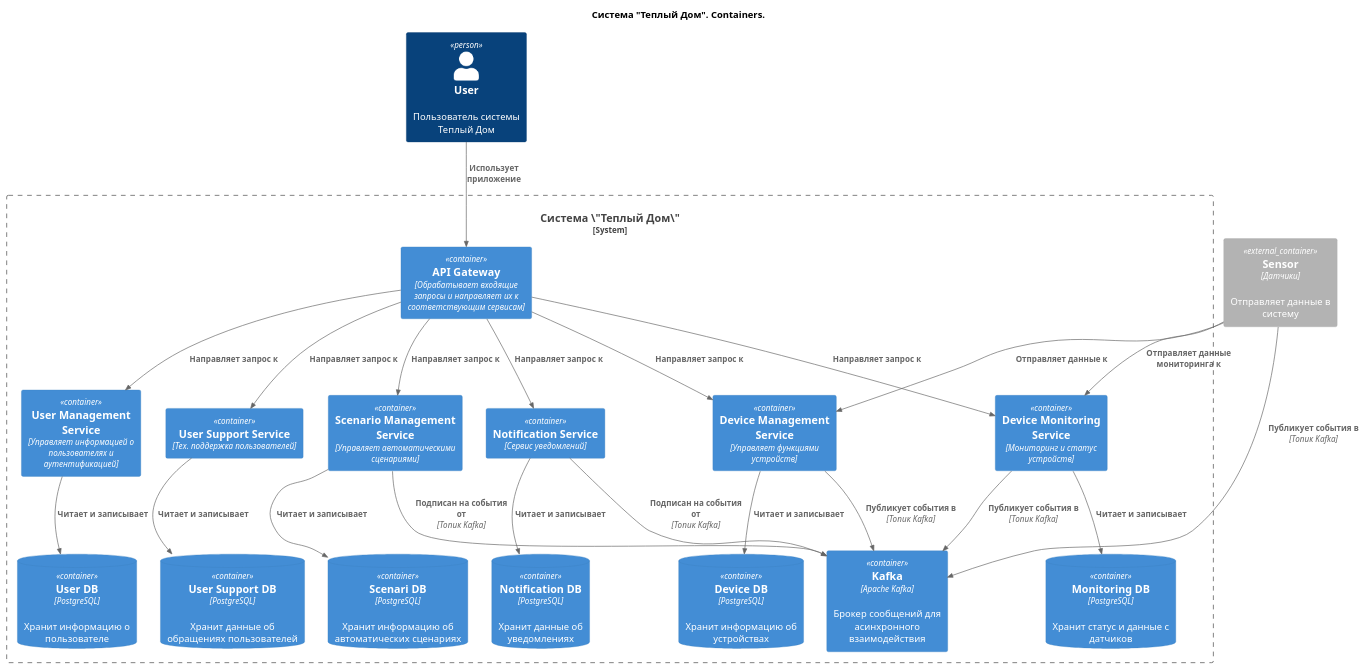
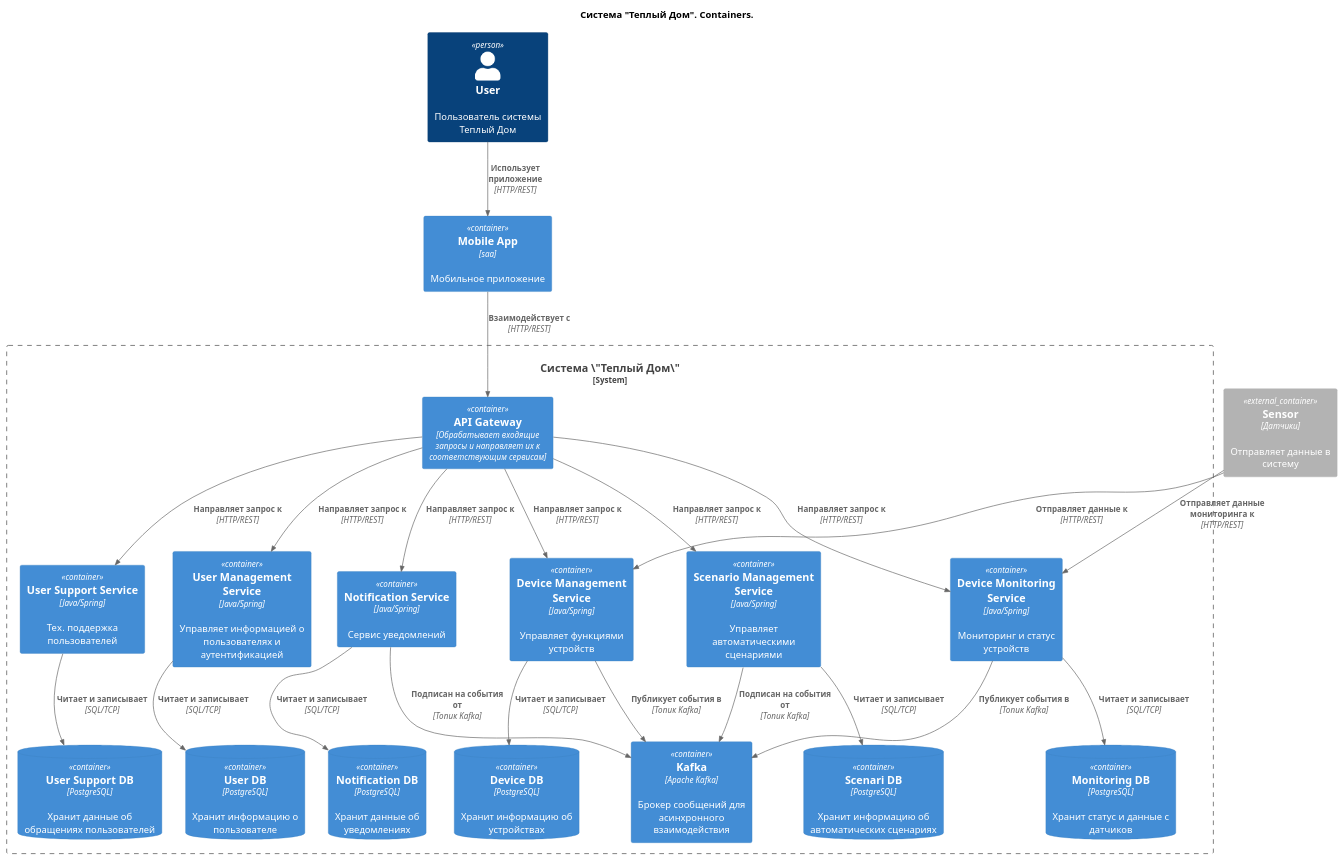
One commit to Ivan-Kozhushko/architecture-sprint-3 changed the diagram in c4-diagrams/to-be/task2.3.1-container.puml. Above: the diagram before and after it, drawn with PlantUML. The commit also changed 3 other files, not shown here.

```diff
--- a/c4-diagrams/to-be/task2.3.1-container.puml
+++ b/c4-diagrams/to-be/task2.3.1-container.puml
@@ -1,52 +1,54 @@
 @startuml
 !include https://raw.githubusercontent.com/plantuml-stdlib/C4-PlantUML/master/C4_Container.puml
 
 title Система "Теплый Дом". Containers.
 
 Person(user, "User", "Пользователь системы Теплый Дом")
 
+Container(mobileApp, "Mobile App", "saa", "Мобильное приложение")
+
 System_Boundary(SmartHomeSystem, 'Система \"Теплый Дом\"') {
     Container(apiGateway, "API Gateway", "Обрабатывает входящие запросы и направляет их к соответствующим сервисам")
-    Container(deviceManagementService, "Device Management Service", "Управляет функциями устройств")
-    Container(scenarioManagmentService, "Scenario Management Service", "Управляет автоматическими сценариями")
-    Container(userManagmentService, "User Management Service","Управляет информацией о пользователях и аутентификацией")
-    Container(deviceMonitoringService, "Device Monitoring Service", "Мониторинг и статус устройств")
-    Container(notificationService, "Notification Service", "Сервис уведомлений")
-    Container(userSupportService, "User Support Service", "Тех. поддержка пользователей")
+    Container(deviceManagementService, "Device Management Service", "Java/Spring", "Управляет функциями устройств")
+    Container(scenarioManagmentService, "Scenario Management Service", "Java/Spring", "Управляет автоматическими сценариями")
+    Container(userManagmentService, "User Management Service", "Java/Spring","Управляет информацией о пользователях и аутентификацией")
+    Container(deviceMonitoringService, "Device Monitoring Service", "Java/Spring", "Мониторинг и статус устройств")
+    Container(notificationService, "Notification Service", "Java/Spring", "Сервис уведомлений")
+    Container(userSupportService, "User Support Service", "Java/Spring", "Тех. поддержка пользователей")
 
     ContainerDb(deviceDb, "Device DB", "PostgreSQL", "Хранит информацию об устройствах")
     ContainerDb(scenarioDb, "Scenari DB", "PostgreSQL", "Хранит информацию об автоматических сценариях")
     ContainerDb(userDb, "User DB", "PostgreSQL", "Хранит информацию о пользователе")
     ContainerDb(monitoringDb, "Monitoring DB", "PostgreSQL", "Хранит статус и данные с датчиков")
     ContainerDb(notificationDb, "Notification DB", "PostgreSQL", "Хранит данные об уведомлениях")
     ContainerDb(userSupportDb, "User Support DB", "PostgreSQL", "Хранит данные об обращениях пользователей")
 
     Container(kafka, "Kafka", "Apache Kafka", "Брокер сообщений для асинхронного взаимодействия")
 }
 
-Rel(user, apiGateway, "Использует приложение")
-Rel(apiGateway, deviceManagementService, "Направляет запрос к")
-Rel(apiGateway, scenarioManagmentService, "Направляет запрос к")
-Rel(apiGateway, userManagmentService, "Направляет запрос к")
-Rel(apiGateway, deviceMonitoringService, "Направляет запрос к")
-Rel(apiGateway, notificationService, "Направляет запрос к")
-Rel(apiGateway, userSupportService, "Направляет запрос к")
+Rel(user, mobileApp, "Использует приложение", "HTTP/REST")
+Rel(mobileApp, apiGateway, "Взаимодействует с", "HTTP/REST")
+Rel(apiGateway, deviceManagementService, "Направляет запрос к", "HTTP/REST")
+Rel(apiGateway, scenarioManagmentService, "Направляет запрос к", "HTTP/REST")
+Rel(apiGateway, userManagmentService, "Направляет запрос к", "HTTP/REST")
+Rel(apiGateway, deviceMonitoringService, "Направляет запрос к", "HTTP/REST")
+Rel(apiGateway, notificationService, "Направляет запрос к", "HTTP/REST")
+Rel(apiGateway, userSupportService, "Направляет запрос к", "HTTP/REST")
 
-Rel(deviceManagementService, deviceDb, "Читает и записывает")
-Rel(scenarioManagmentService, scenarioDb, "Читает и записывает")
-Rel(userManagmentService, userDb, "Читает и записывает")
-Rel(deviceMonitoringService, monitoringDb, "Читает и записывает")
-Rel(notificationService, notificationDb, "Читает и записывает")
-Rel(userSupportService, userSupportDb, "Читает и записывает")
+Rel(deviceManagementService, deviceDb, "Читает и записывает", "SQL/TCP")
+Rel(scenarioManagmentService, scenarioDb, "Читает и записывает", "SQL/TCP")
+Rel(userManagmentService, userDb, "Читает и записывает", "SQL/TCP")
+Rel(deviceMonitoringService, monitoringDb, "Читает и записывает", "SQL/TCP")
+Rel(notificationService, notificationDb, "Читает и записывает", "SQL/TCP")
+Rel(userSupportService, userSupportDb, "Читает и записывает", "SQL/TCP")
 
 Rel(deviceManagementService, kafka, "Публикует события в", "Топик Kafka")
 Rel(deviceMonitoringService, kafka, "Публикует события в", "Топик Kafka")
 Rel(notificationService, kafka, "Подписан на события от", "Топик Kafka")
 Rel(scenarioManagmentService, kafka, "Подписан на события от", "Топик Kafka")
 
 Container_Ext(sensor, "Sensor", "Датчики", "Отправляет данные в систему")
-Rel(sensor, deviceManagementService, "Отправляет данные к")
-Rel(sensor, deviceMonitoringService, "Отправляет данные мониторинга к")
-Rel(sensor, kafka, "Публикует события в", "Топик Kafka")
+Rel(sensor, deviceManagementService, "Отправляет данные к", "HTTP/REST")
+Rel(sensor, deviceMonitoringService, "Отправляет данные мониторинга к", "HTTP/REST")
 
 @enduml
```
